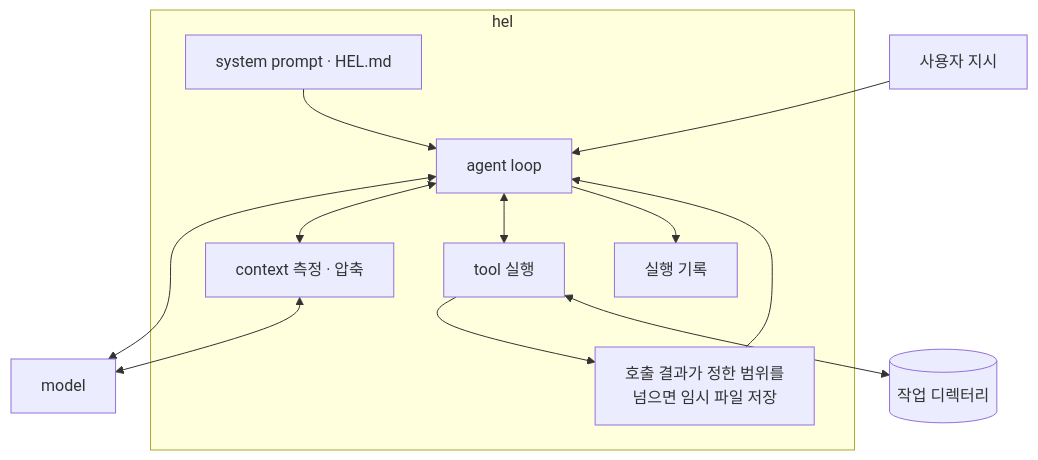
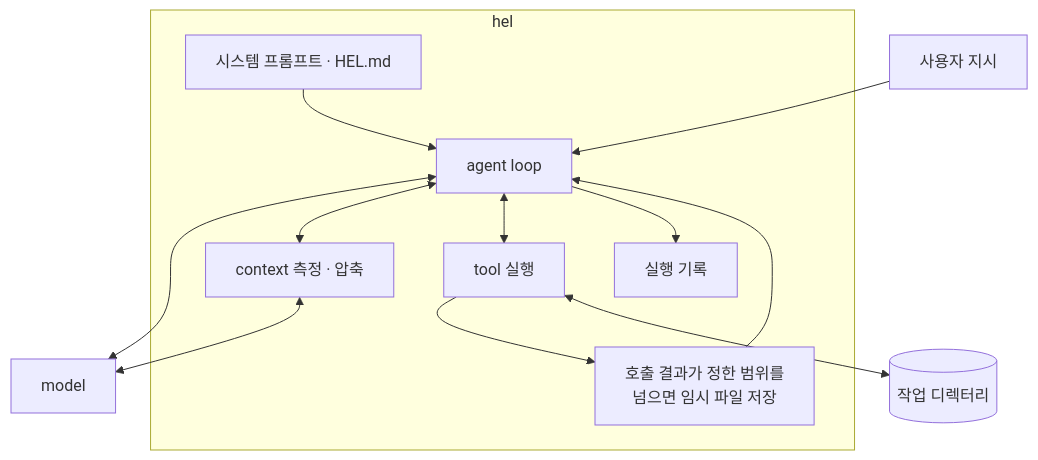
The first of 2 diagrams in guide/src/parts/part4-safety-runtime.md (jammer-droid/HEL), drawn with Mermaid before and after one commit. The commit also changed other lines of this file and 69 other files, not shown here.

````diff
--- a/guide/src/parts/part4-safety-runtime.md
+++ b/guide/src/parts/part4-safety-runtime.md
@@ -11,21 +11,21 @@
 ```mermaid
 flowchart TB
     U[사용자 지시] --> L
     subgraph H[hel]
-        P[system prompt · HEL.md]
+        P[시스템 프롬프트 · HEL.md]
         L[agent loop]
         C[context 측정 · 압축]
         T[tool 실행]
         S[호출 결과가 정한 범위를<br/>넘으면 임시 파일 저장]
         R[실행 기록]
     end
     P --> L
     L <--> M[model]
     L <--> C
     C <--> M
     L <--> T
     T --> S
     S --> L
     L --> R
     T <--> W[(작업 디렉터리)]
 ```
````
